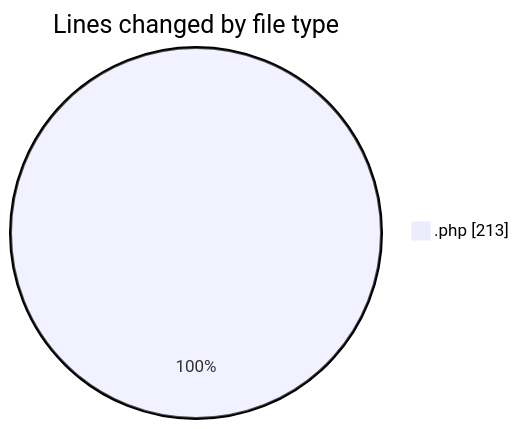
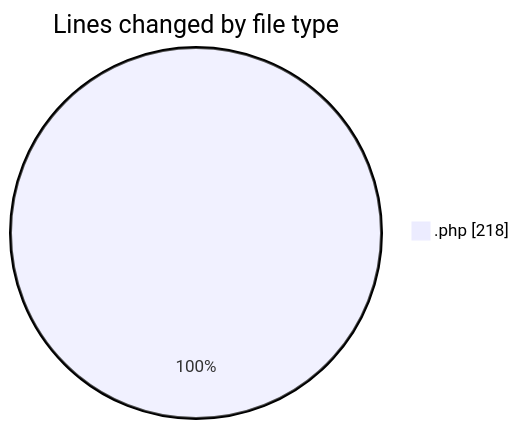
One commit to LanceThiago/code-tracking changed the first of 2 diagrams in 2025-09-16/totem2/README.md. Above: the diagram before and after it, drawn with Mermaid. The commit also changed other lines of this file and 1 other file, not shown here.

````diff
--- a/2025-09-16/totem2/README.md
+++ b/2025-09-16/totem2/README.md
@@ -21,5 +21,5 @@
 ```mermaid
 pie showData
 title Lines changed by file type
-".php" : 213
+".php" : 218
 ```
````
